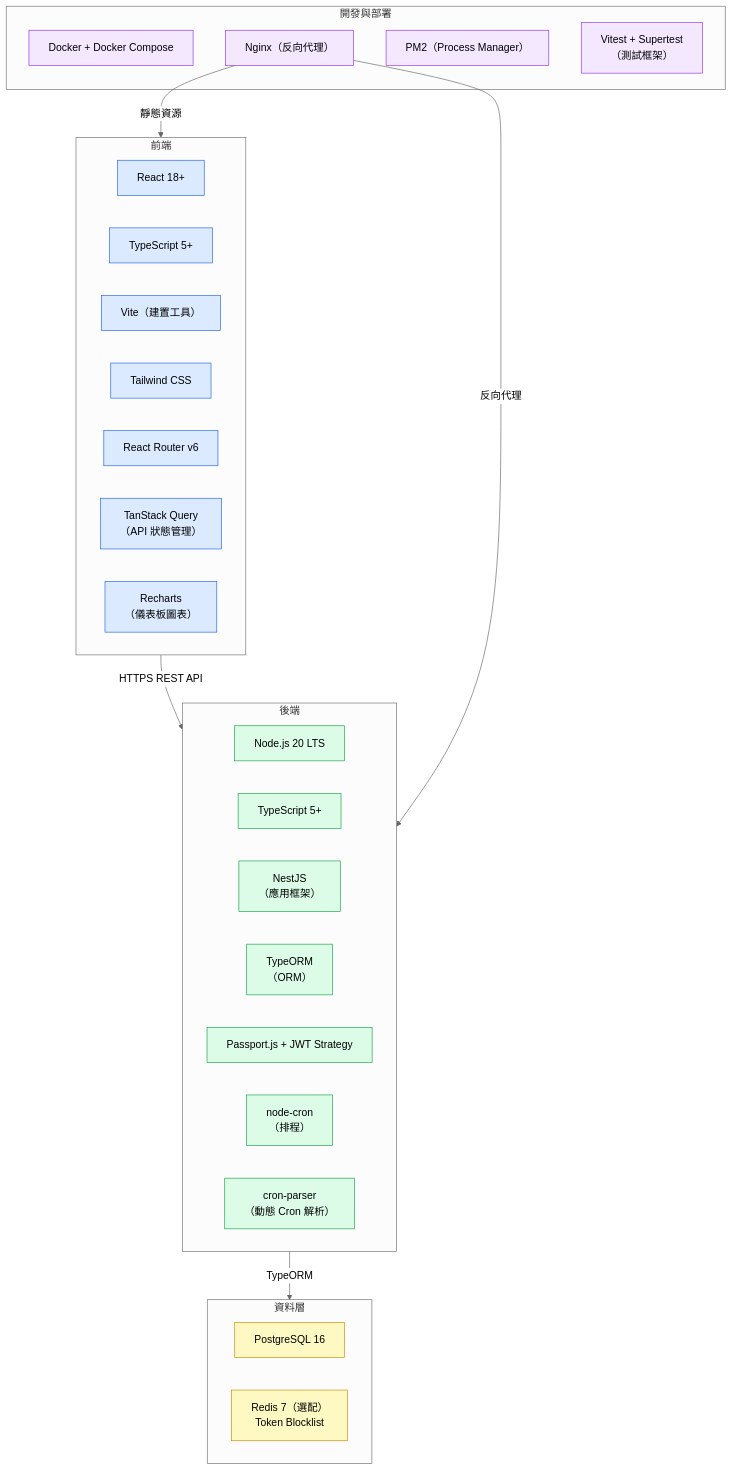
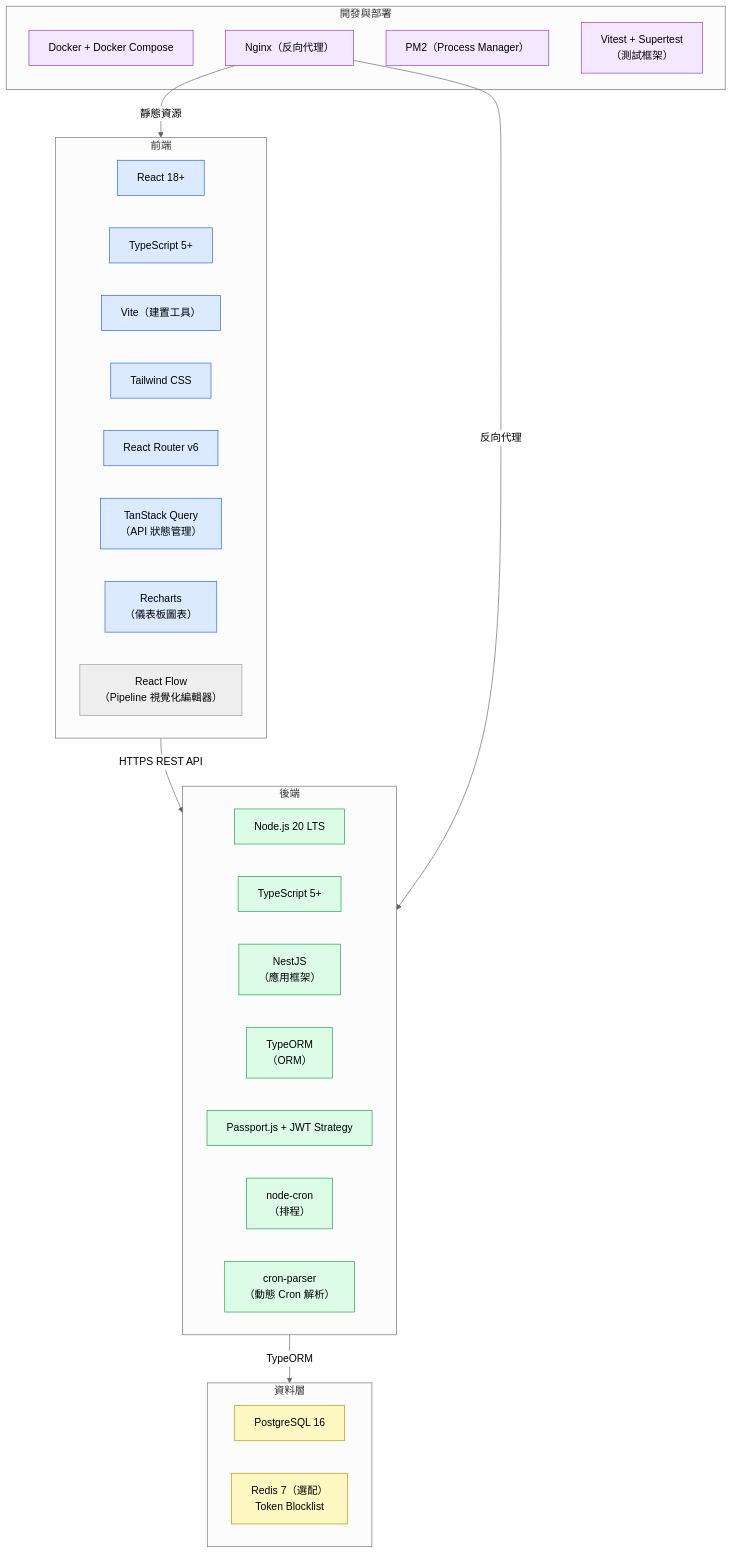
One commit to wisewhalesoft/cdmp-mvp changed diagram 13 of 13 in docs/specs/architecture-spec.md. Above: the diagram before and after it, drawn with Mermaid (neutral theme). The commit also changed other lines of this file, not shown here.

Commit message:
docs(specs): 更新架構規格書以納入 E05 ETL Pipeline 架構設計（v1.3）

````diff
--- a/docs/specs/architecture-spec.md
+++ b/docs/specs/architecture-spec.md
@@ -1128,48 +1404,49 @@
 ```mermaid
 graph TB
     subgraph Frontend["前端"]
         React["React 18+"]
         TypeScript_FE["TypeScript 5+"]
         Vite["Vite（建置工具）"]
         TailwindCSS["Tailwind CSS"]
         ReactRouter["React Router v6"]
         TanStack["TanStack Query<br/>（API 狀態管理）"]
         Recharts["Recharts<br/>（儀表板圖表）"]
+        ReactFlow["React Flow<br/>（Pipeline 視覺化編輯器）"]
     end
 
     subgraph Backend["後端"]
         Node["Node.js 20 LTS"]
         TypeScript_BE["TypeScript 5+"]
         NestJS["NestJS<br/>（應用框架）"]
         TypeORM["TypeORM<br/>（ORM）"]
         Passport["Passport.js + JWT Strategy"]
         NodeCron["node-cron<br/>（排程）"]
         CronParser["cron-parser<br/>（動態 Cron 解析）"]
     end
 
     subgraph Database["資料層"]
         PostgreSQL["PostgreSQL 16"]
         Redis["Redis 7（選配）<br/>Token Blocklist"]
     end
 
     subgraph DevOps["開發與部署"]
         Docker["Docker + Docker Compose"]
         Nginx["Nginx（反向代理）"]
         PM2["PM2（Process Manager）"]
         Vitest["Vitest + Supertest<br/>（測試框架）"]
     end
 
     Frontend -->|"HTTPS REST API"| Backend
     Backend -->|"TypeORM"| Database
     Nginx -->|"反向代理"| Backend
     Nginx -->|"靜態資源"| Frontend
 
     classDef fe fill:#dbeafe,stroke:#2563eb
     classDef be fill:#dcfce7,stroke:#16a34a
     classDef db fill:#fef9c3,stroke:#ca8a04
     classDef ops fill:#f3e8ff,stroke:#9333ea
     class React,TypeScript_FE,Vite,TailwindCSS,ReactRouter,TanStack,Recharts fe
     class Node,TypeScript_BE,NestJS,TypeORM,Passport,NodeCron,CronParser be
     class PostgreSQL,Redis db
     class Docker,Nginx,PM2,Vitest ops
 ```
````
